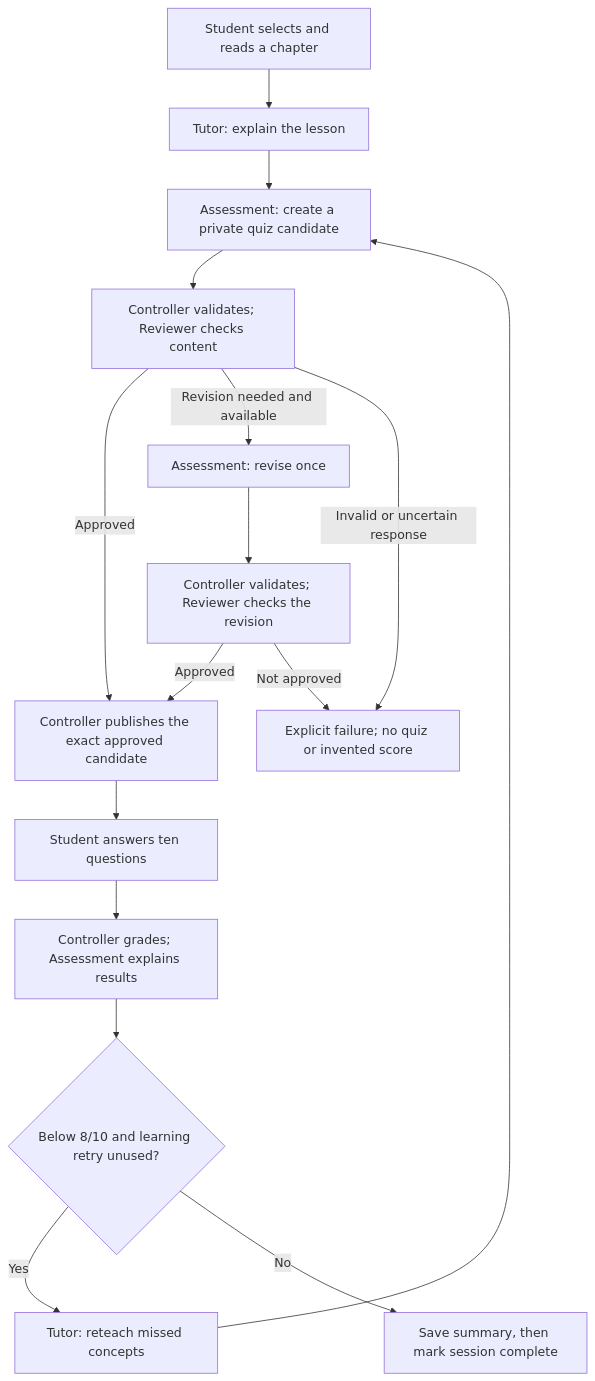
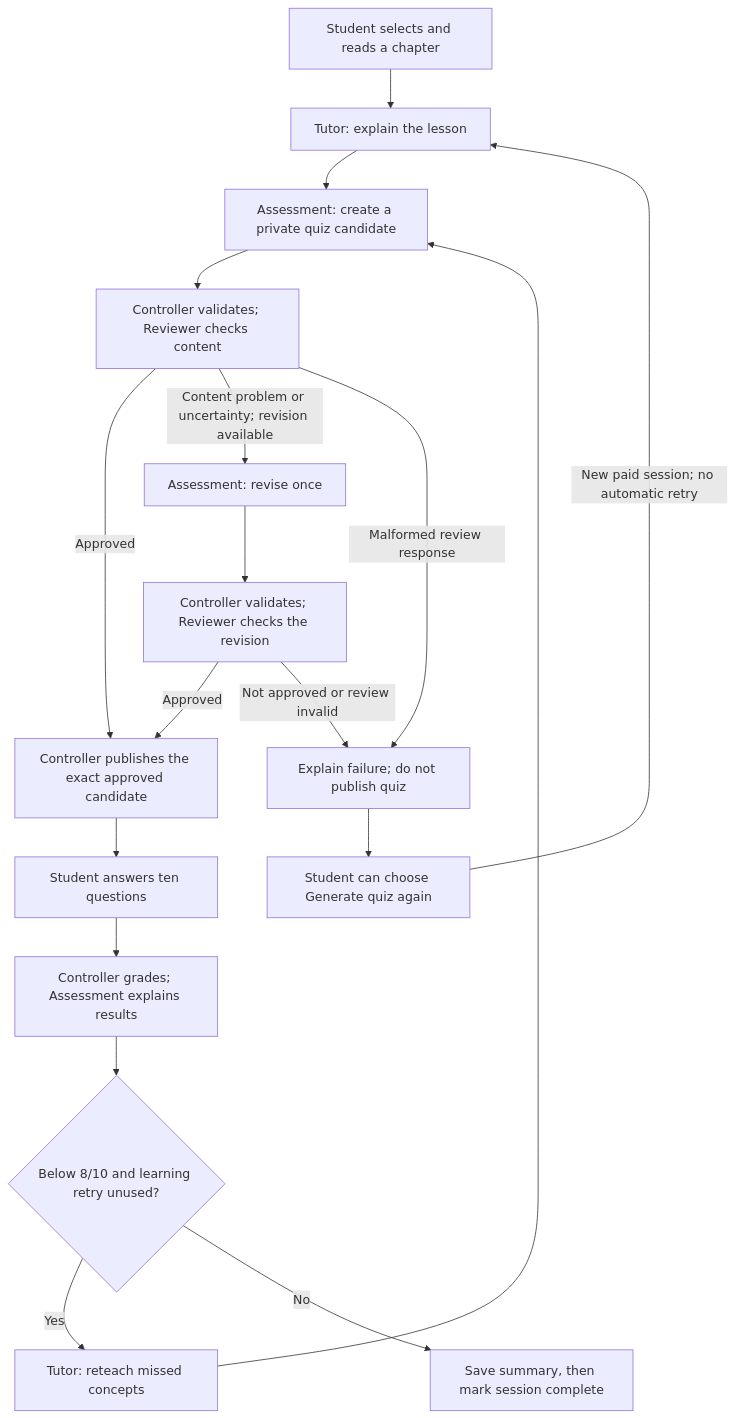
The diagram in README.md (Soma-Majumder/Study-Buddy), drawn with Mermaid before and after one commit. The commit also changed other lines of this file, not shown here.

````diff
--- a/README.md
+++ b/README.md
@@ -44,18 +46,20 @@
 ```mermaid
 flowchart TD
   S[Student selects and reads a chapter] --> T[Tutor: explain the lesson]
   T --> A[Assessment: create a private quiz candidate]
   A --> V[Controller validates; Reviewer checks content]
   V -->|Approved| P[Controller publishes the exact approved candidate]
-  V -->|Revision needed and available| R[Assessment: revise once]
+  V -->|Content problem or uncertainty; revision available| R[Assessment: revise once]
   R --> V2[Controller validates; Reviewer checks the revision]
   V2 -->|Approved| P
-  V -->|Invalid or uncertain response| F[Explicit failure; no quiz or invented score]
-  V2 -->|Not approved| F
+  V -->|Malformed review response| F[Explain failure; do not publish quiz]
+  V2 -->|Not approved or review invalid| F
+  F --> RETRY[Student can choose Generate quiz again]
+  RETRY -->|New paid session; no automatic retry| T
   P --> Q[Student answers ten questions]
   Q --> G[Controller grades; Assessment explains results]
   G --> D{Below 8/10 and learning retry unused?}
   D -->|Yes| RT[Tutor: reteach missed concepts]
   RT --> A
   D -->|No| SAVE[Save summary, then mark session complete]
 ```
````
